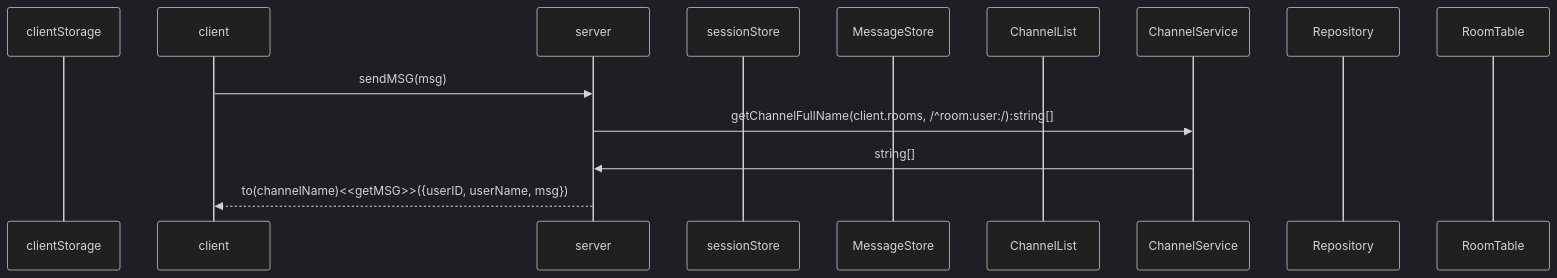
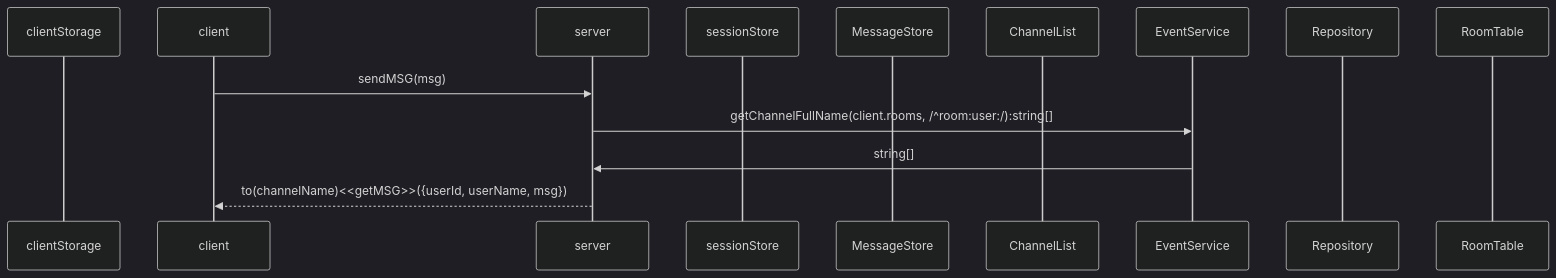
One commit to mtak0235/simmons_transcendence changed the tenth of 19 diagrams in backend/node/app/event.md. Above: the diagram before and after it, drawn with Mermaid (dark theme). The commit also changed other lines of this file and 1 other file, not shown here.

````diff
--- a/backend/node/app/event.md
+++ b/backend/node/app/event.md
@@ -267,17 +244,17 @@
 ```mermaid
 sequenceDiagram
 participant cls as clientStorage
 participant c as client
 participant ga as server
 participant ss as sessionStore
 participant ms as MessageStore
 participant cns as ChannelList
-participant cs as ChannelService
+participant cs as EventService
 participant r as Repository
 participant rt as RoomTable
 
 c->>ga: sendMSG(msg)
 ga->>cs: getChannelFullName(client.rooms, /^room:user:/):string[]
 cs->> ga: string[]
-ga-->>c: to(channelName)<<getMSG>>({userID, userName, msg})
+ga-->>c: to(channelName)<<getMSG>>({userId, userName, msg})
 ```
````
